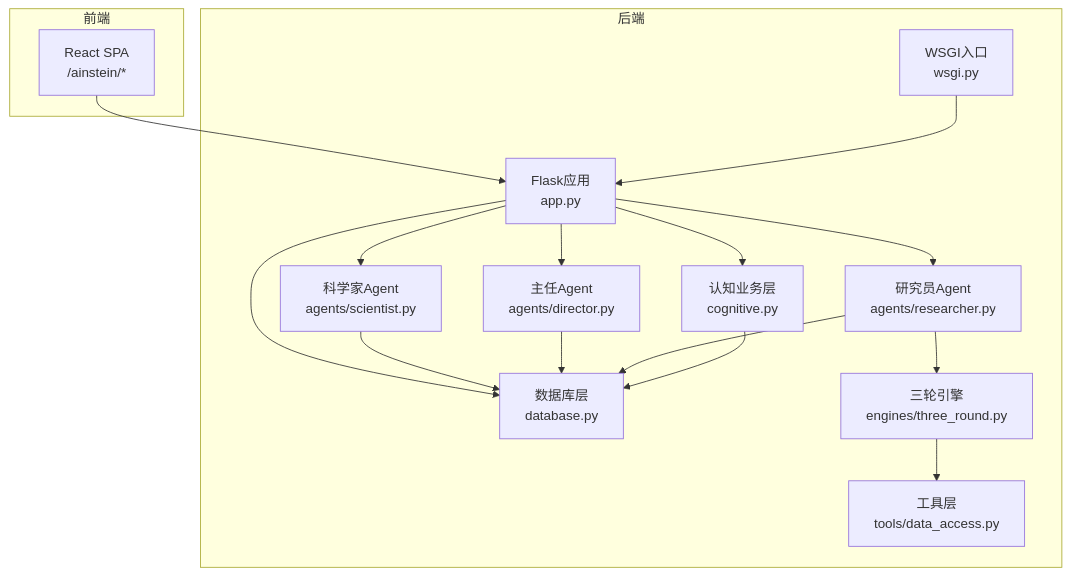
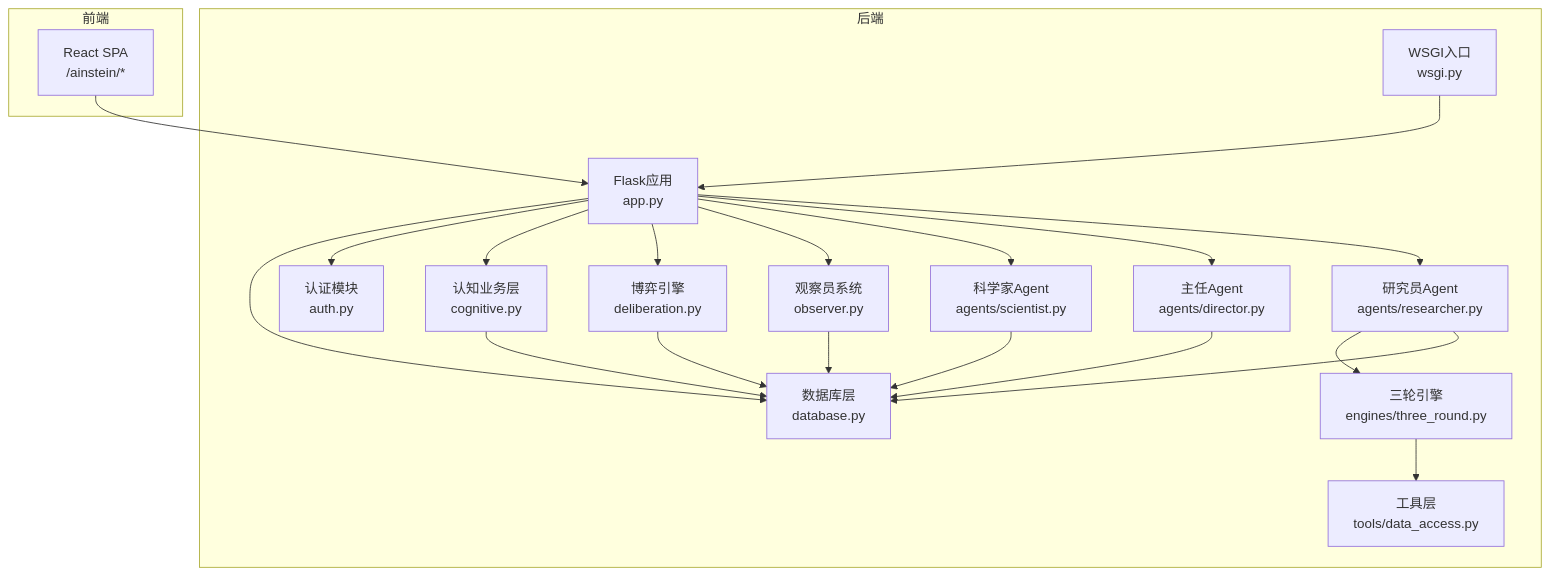
Before and after one commit to GDY-ai/ainstein: the first of 4 diagrams in .qoder/repowiki/zh/content/API参考文档/API参考文档.md, drawn with Mermaid. The commit also changed other lines of this file and 61 other files, not shown here.

````diff
--- a/.qoder/repowiki/zh/content/API参考文档/API参考文档.md
+++ b/.qoder/repowiki/zh/content/API参考文档/API参考文档.md
@@ -37,30 +41,38 @@
 ```mermaid
 graph TB
 subgraph "前端"
 FE["React SPA<br/>/ainstein/*"]
 end
 subgraph "后端"
 WSGI["WSGI入口<br/>wsgi.py"]
 APP["Flask应用<br/>app.py"]
 DB["数据库层<br/>database.py"]
+AUTH["认证模块<br/>auth.py"]
 COG["认知业务层<br/>cognitive.py"]
+DELIB["博弈引擎<br/>deliberation.py"]
+OBS["观察员系统<br/>observer.py"]
 AG_SCI["科学家Agent<br/>agents/scientist.py"]
 AG_DIR["主任Agent<br/>agents/director.py"]
 AG_RES["研究员Agent<br/>agents/researcher.py"]
 ENG["三轮引擎<br/>engines/three_round.py"]
 TOOLS["工具层<br/>tools/data_access.py"]
 end
 FE --> APP
 WSGI --> APP
 APP --> DB
+APP --> AUTH
 APP --> COG
+APP --> DELIB
+APP --> OBS
 APP --> AG_SCI
 APP --> AG_DIR
 APP --> AG_RES
 AG_RES --> ENG
 AG_SCI --> DB
 AG_DIR --> DB
 AG_RES --> DB
 ENG --> TOOLS
 COG --> DB
+DELIB --> DB
+OBS --> DB
 ```
````
